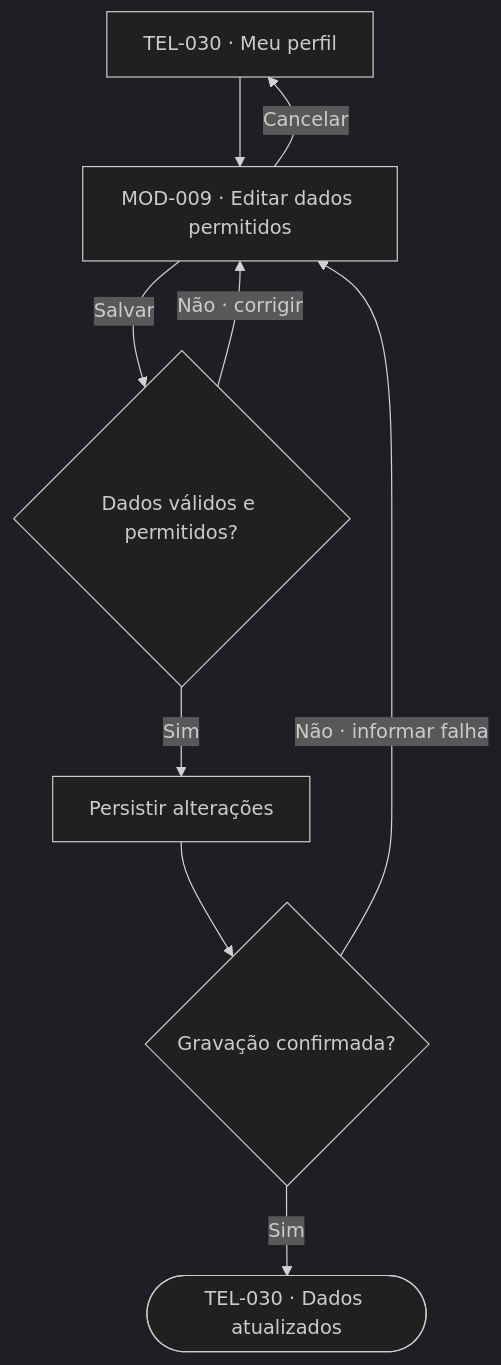
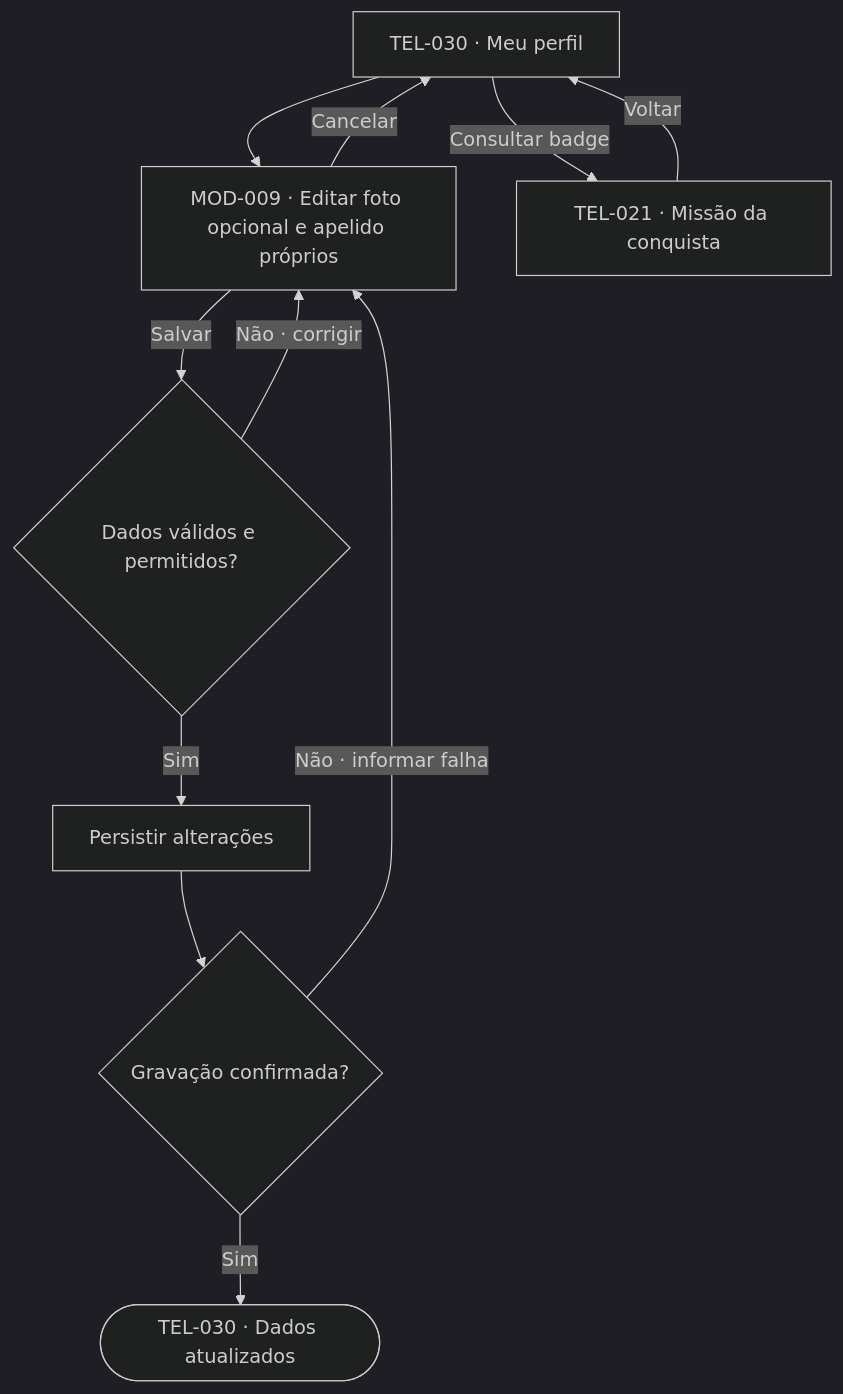
Before and after one commit to lizandramalta/App-Rotina-Familiar: diagram 13 of 15 in docs/design/user-flows.md, drawn with Mermaid (dark theme). The commit also changed other lines of this file and 21 other files, not shown here.

````diff
--- a/docs/design/user-flows.md
+++ b/docs/design/user-flows.md
@@ -452,11 +468,13 @@
 ```mermaid
 flowchart TD
-    A["TEL-030 · Meu perfil"] --> B["MOD-009 · Editar dados permitidos"]
+    A["TEL-030 · Meu perfil"] --> B["MOD-009 · Editar foto opcional e apelido próprios"]
     B -->|Cancelar| A
     B -->|Salvar| C{"Dados válidos e permitidos?"}
     C -->|Não · corrigir| B
     C -->|Sim| D["Persistir alterações"]
     D --> E{"Gravação confirmada?"}
     E -->|Não · informar falha| B
     E -->|Sim| F(["TEL-030 · Dados atualizados"])
+    A -->|Consultar badge| G["TEL-021 · Missão da conquista"]
+    G -->|Voltar| A
 ```
````
